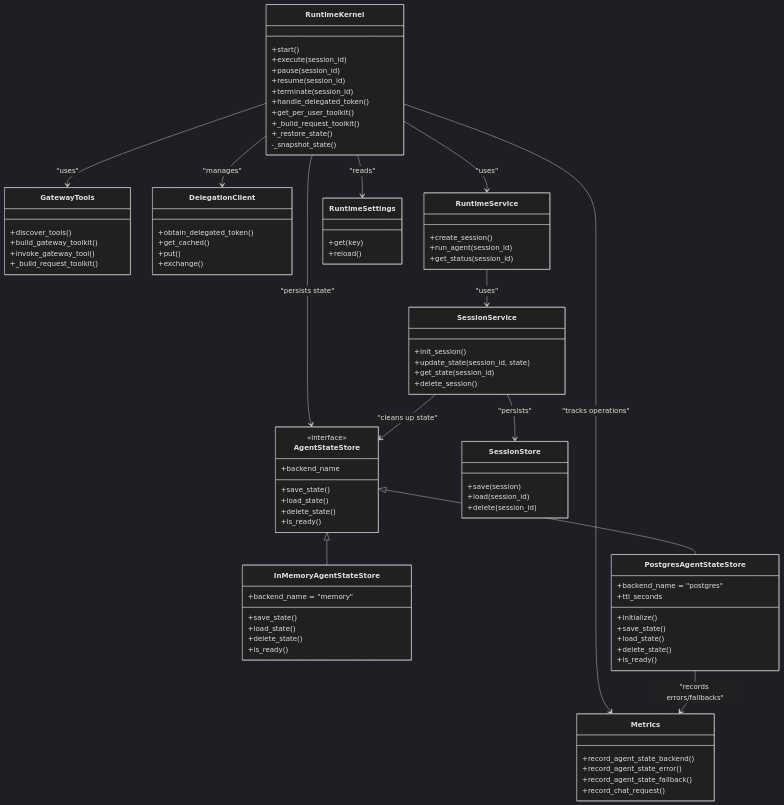
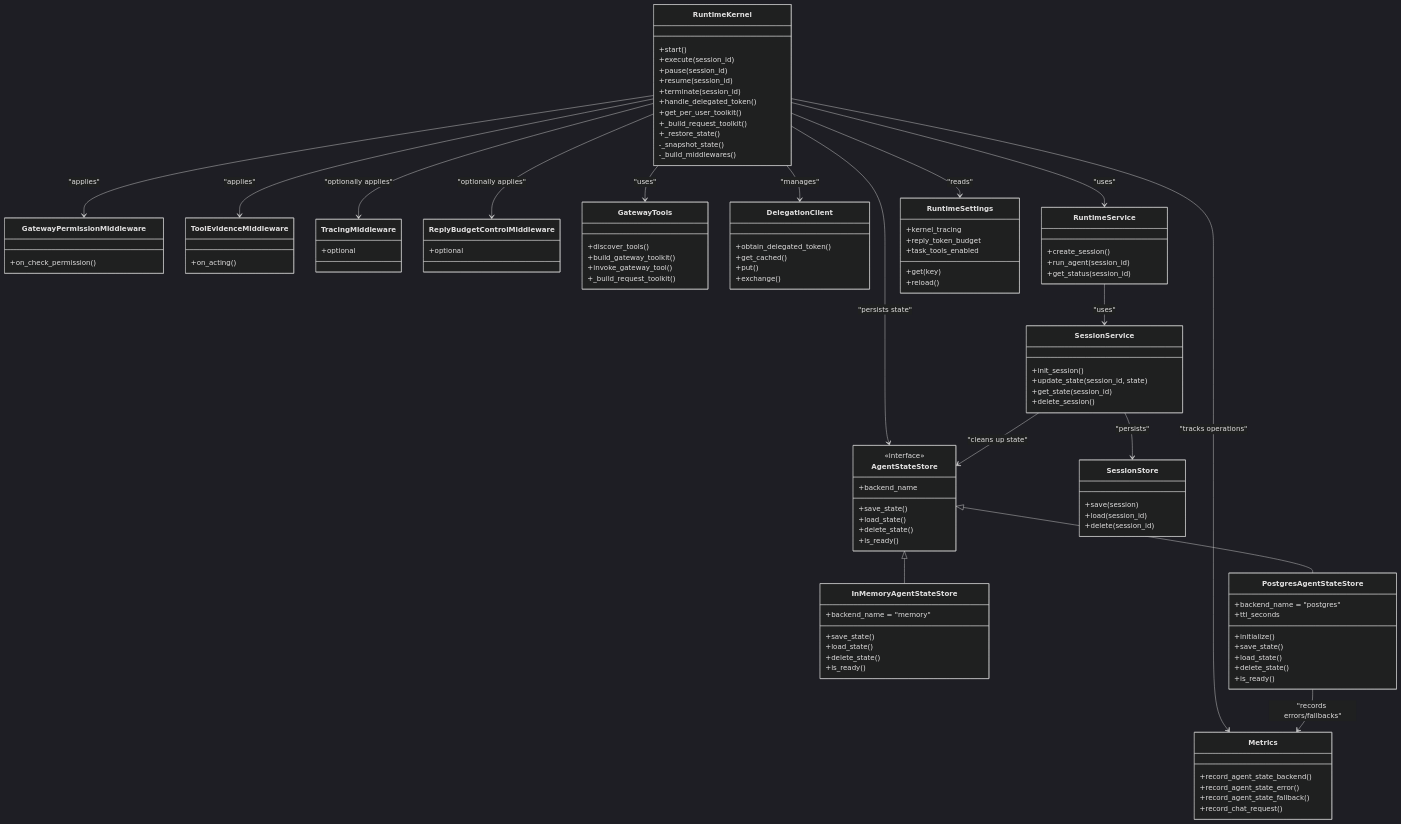
One commit to metasync/luban-aiops changed the fourth of 4 diagrams in .qoder/repowiki/en/content/Agent Platform Service/Runtime Kernel and Agent Lifecycle.md. Above: the diagram before and after it, drawn with Mermaid (dark theme). The commit also changed other lines of this file and 25 other files, not shown here.

```diff
--- a/.qoder/repowiki/en/content/Agent Platform Service/Runtime Kernel and Agent Lifecycle.md
+++ b/.qoder/repowiki/en/content/Agent Platform Service/Runtime Kernel and Agent Lifecycle.md
@@ -311,6 +412,7 @@
 +_build_request_toolkit()
 +_restore_state()
 -_snapshot_state()
+-_build_middlewares()
 }
 class AgentStateStore {
 <<interface>>
@@ -335,6 +437,18 @@
 +load_state()
 +delete_state()
 +is_ready()
+}
+class GatewayPermissionMiddleware {
++on_check_permission()
+}
+class ToolEvidenceMiddleware {
++on_acting()
+}
+class TracingMiddleware {
++optional
+}
+class ReplyBudgetControlMiddleware {
++optional
 }
 class Metrics {
 +record_agent_state_backend()
@@ -373,6 +487,9 @@
 class RuntimeSettings {
 +get(key)
 +reload()
++kernel_tracing
++reply_token_budget
++task_tools_enabled
 }
 RuntimeKernel --> AgentStateStore : "persists state"
 RuntimeKernel --> Metrics : "tracks operations"
@@ -380,6 +497,10 @@
 RuntimeKernel --> DelegationClient : "manages"
 RuntimeKernel --> RuntimeService : "uses"
 RuntimeKernel --> RuntimeSettings : "reads"
+RuntimeKernel --> GatewayPermissionMiddleware : "applies"
+RuntimeKernel --> ToolEvidenceMiddleware : "applies"
+RuntimeKernel --> TracingMiddleware : "optionally applies"
+RuntimeKernel --> ReplyBudgetControlMiddleware : "optionally applies"
 RuntimeService --> SessionService : "uses"
 SessionService --> SessionStore : "persists"
 SessionService --> AgentStateStore : "cleans up state"
```
